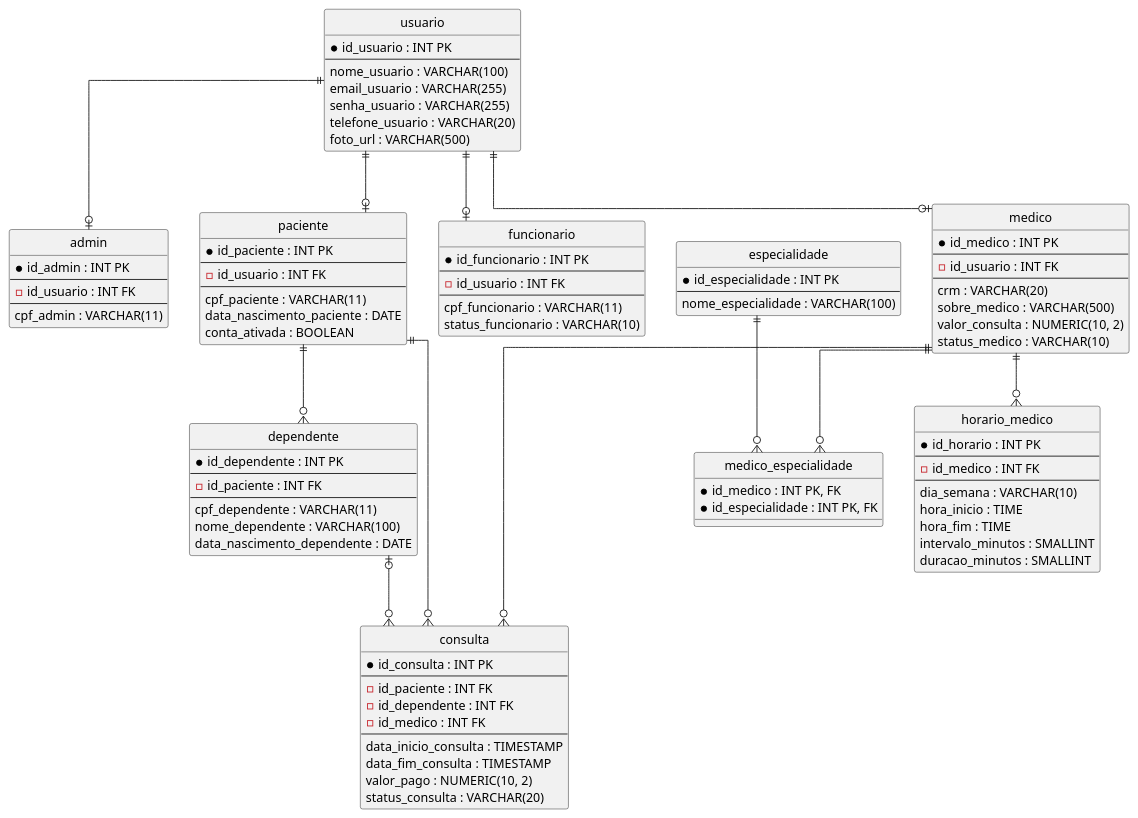
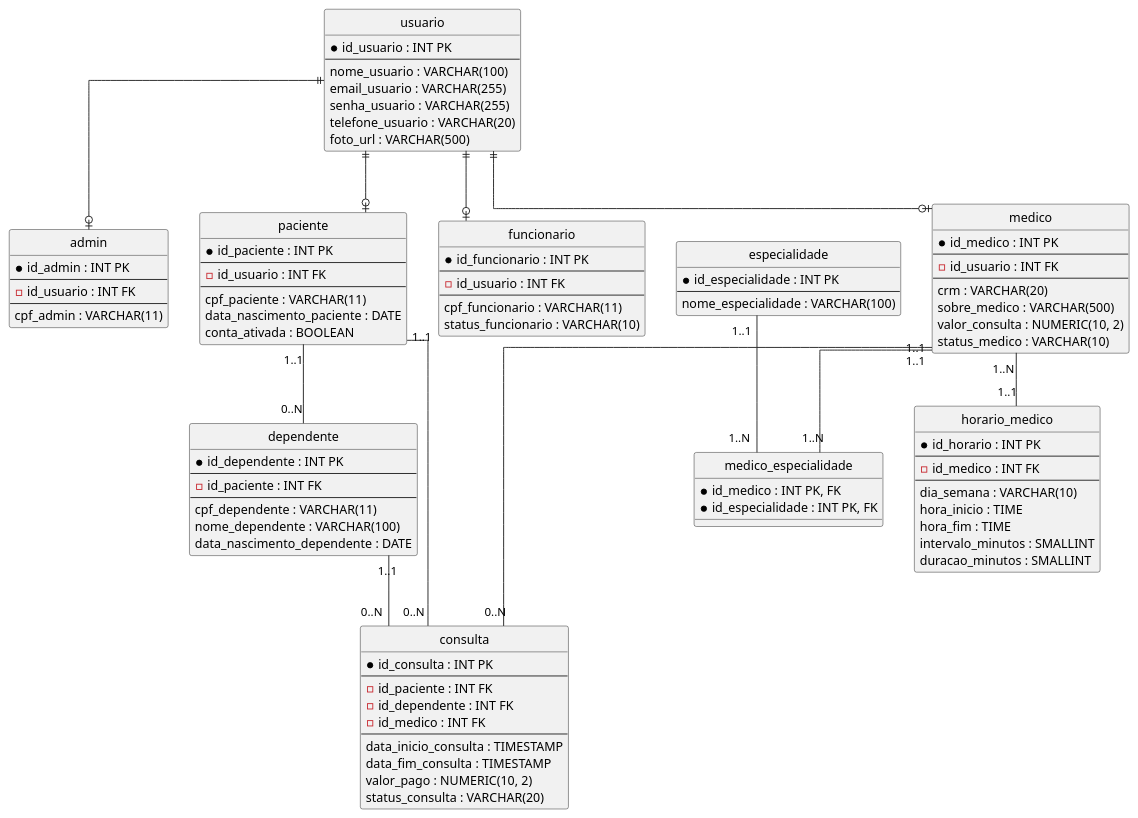
Before and after one commit to InsaneCaio/SICA: the diagram in docs/diagrama ER.md, drawn with PlantUML. The commit also changed other lines of this file, not shown here.

Commit message:
Revise ER diagram relationships and cardinality
Updated relationships in the Entity-Relationship diagram to reflect cardinality changes.

````diff
--- a/docs/diagrama ER.md
+++ b/docs/diagrama ER.md
@@ -109,15 +109,14 @@
 usuario ||--o| medico
 
 ' Relacionamentos N:N e 1:N
-medico ||--o{ medico_especialidade
-especialidade ||--o{ medico_especialidade
+medico "1..1" --  "1..N" medico_especialidade
+especialidade "1..1" -- "1..N" medico_especialidade
 
-paciente ||--o{ dependente
-medico ||--o{ horario_medico
+paciente "1..1" -- "0..N" dependente
+medico "1..N" -- "1..1" horario_medico
 
-paciente ||--o{ consulta
-dependente |o--o{ consulta
-medico ||--o{ consulta
-
+paciente "1..1" -- "0..N" consulta
+dependente "1..1" -- "0..N" consulta
+medico "1..1" -- "0..N" consulta
 @enduml
 ```
````
